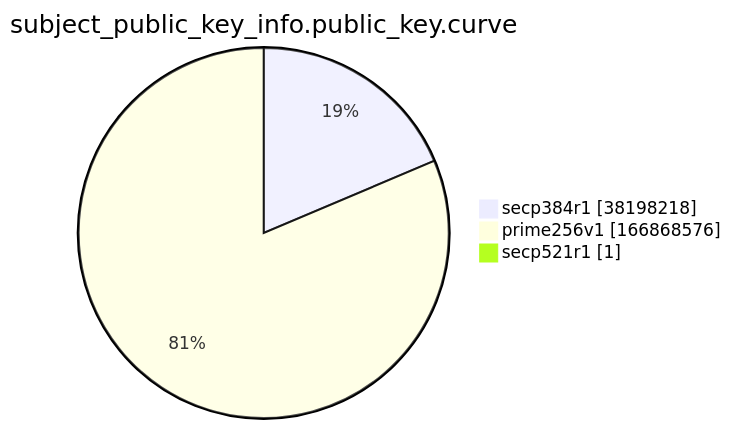
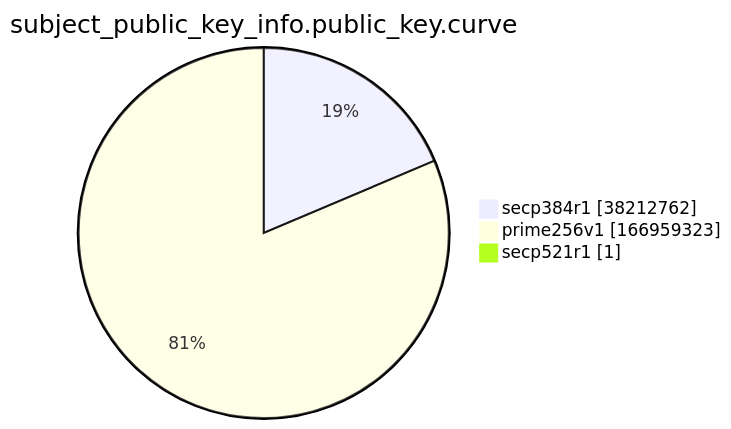
Before and after one commit to christiankrug/ctmonitor_visualization: the ninth of 15 diagrams in argon2022/README.md, drawn with Mermaid. The commit also changed other lines of this file, not shown here.

````diff
--- a/argon2022/README.md
+++ b/argon2022/README.md
@@ -2766,7 +2766,7 @@
 ```mermaid
 pie showData
 title subject_public_key_info.public_key.curve
-"secp384r1" :38198218
-"prime256v1" :166868576
+"secp384r1" :38212762
+"prime256v1" :166959323
 "secp521r1" :1
 ```
````
